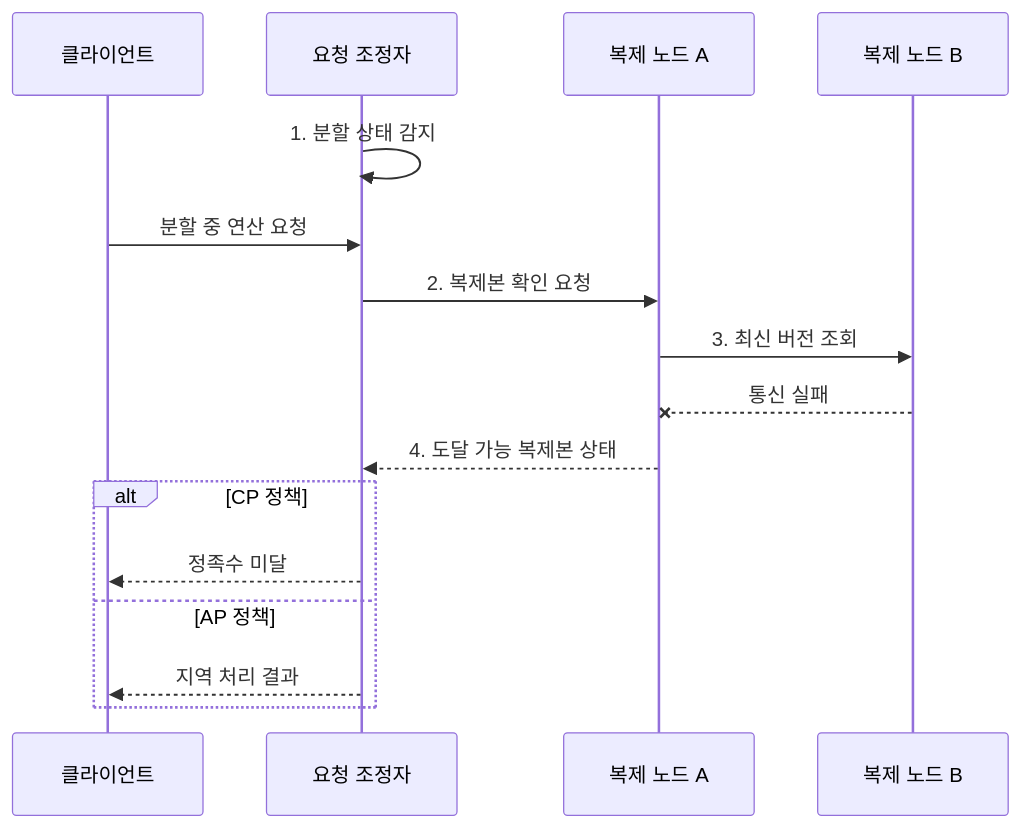
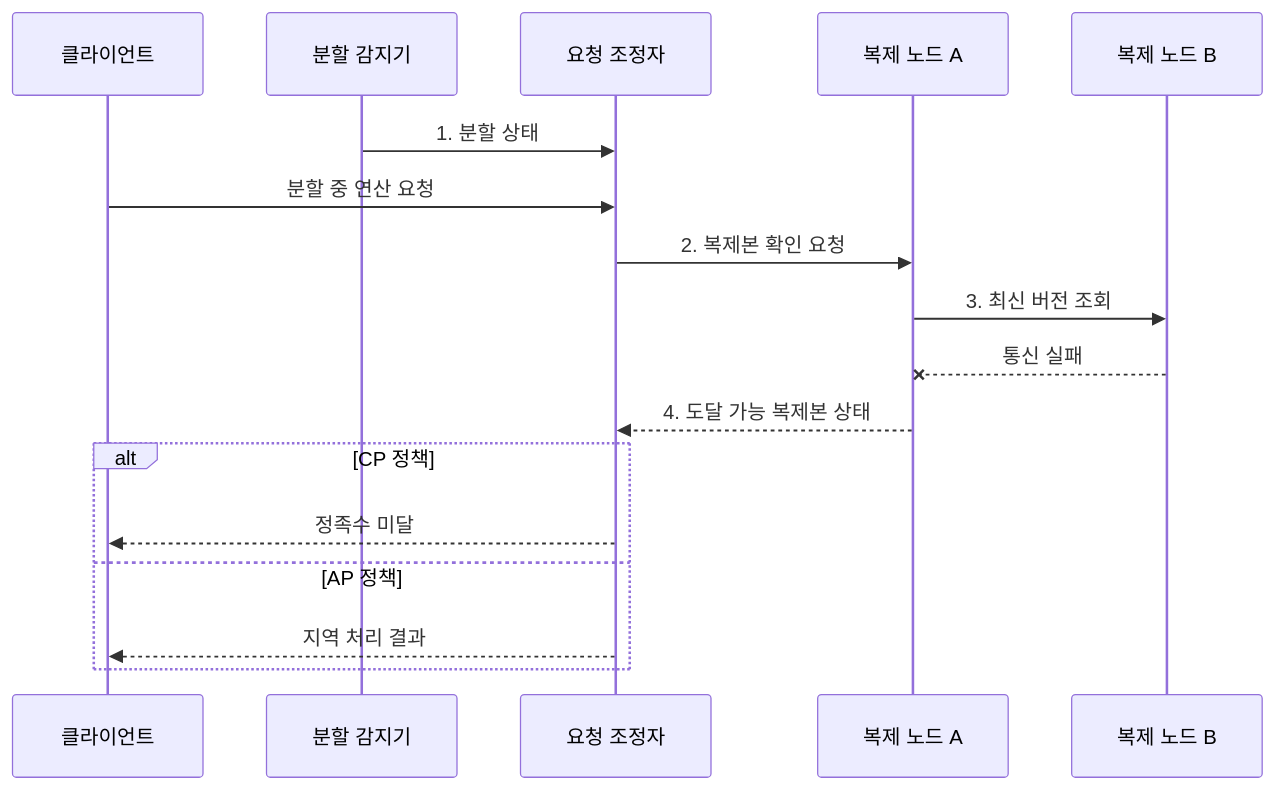
Before and after one commit to agnusdei1207/knowledge-base: the second of 2 diagrams in src/content/docs/notes/03-software/103_cap_theorem.md, drawn with Mermaid. The commit also changed other lines of this file and 13 other files, not shown here.

````diff
--- a/src/content/docs/notes/03-software/103_cap_theorem.md
+++ b/src/content/docs/notes/03-software/103_cap_theorem.md
@@ -112,18 +112,19 @@
 ```mermaid
 sequenceDiagram
     participant C as 클라이언트
+    participant N as 분할 감지기
     participant O as 요청 조정자
     participant A as 복제 노드 A
     participant B as 복제 노드 B
-    O->>O: 1. 분할 상태 감지
+    N->>O: 1. 분할 상태
     C->>O: 분할 중 연산 요청
     O->>A: 2. 복제본 확인 요청
     A->>B: 3. 최신 버전 조회
     B--xA: 통신 실패
     A-->>O: 4. 도달 가능 복제본 상태
     alt CP 정책
         O-->>C: 정족수 미달
     else AP 정책
         O-->>C: 지역 처리 결과
     end
 ```
````
